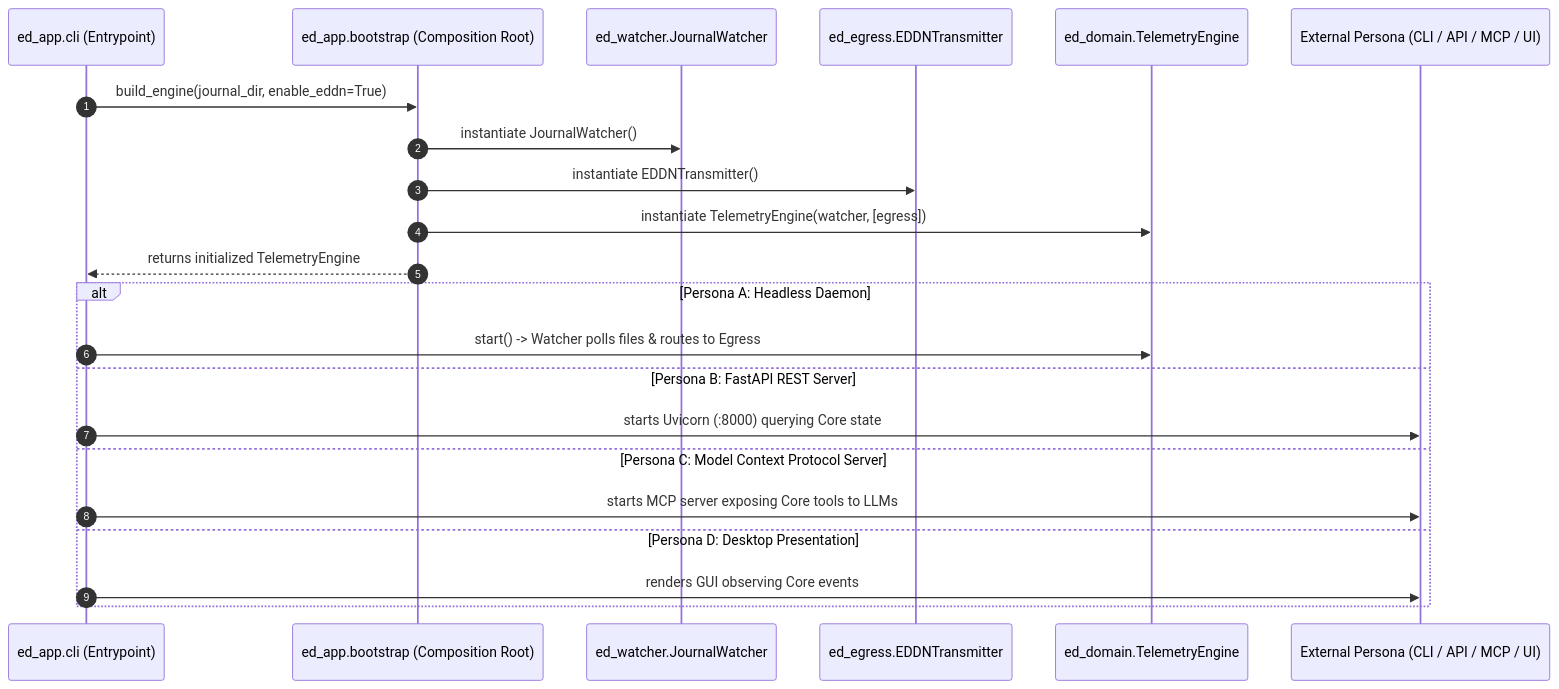
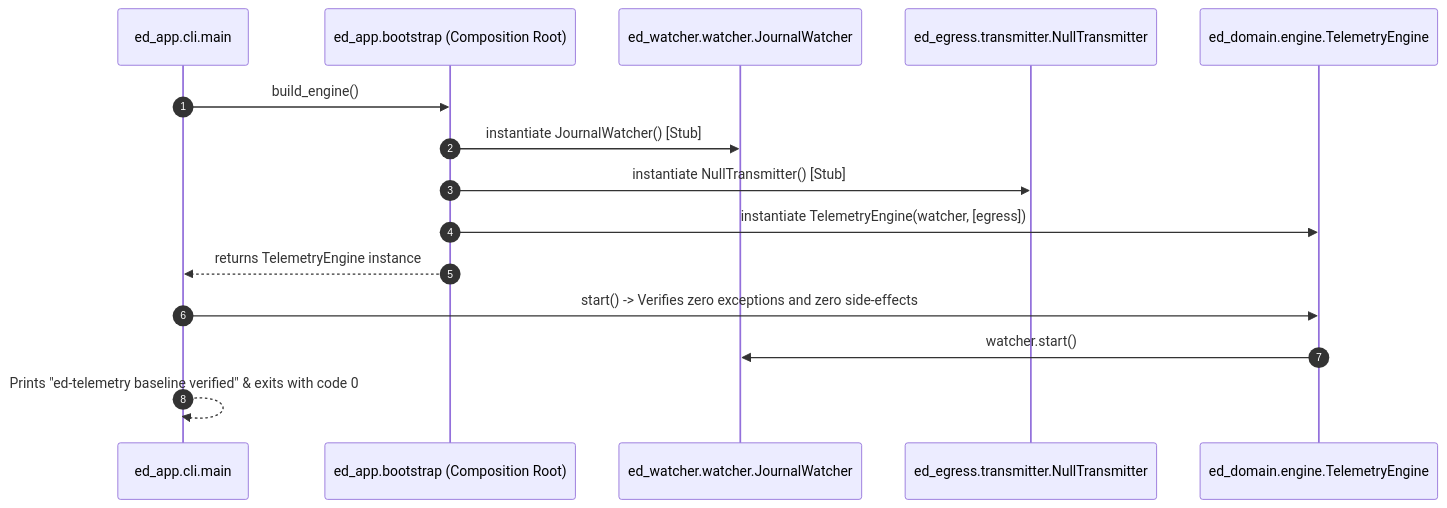
Before and after one commit to mnaatjes/ed-telemetry: the second of 3 diagrams in architecture/designs/0001_modular_monorepo_baseline_and_verification_pipeline.md, drawn with Mermaid. The commit also changed other lines of this file and 2 other files, not shown here.

Commit message:
docs(elaboration): scope-lock SDD-001 and ADR 0003 to minimal baseline

````diff
--- a/architecture/designs/0001_modular_monorepo_baseline_and_verification_pipeline.md
+++ b/architecture/designs/0001_modular_monorepo_baseline_and_verification_pipeline.md
@@ -95,26 +94,18 @@
 ```mermaid
 sequenceDiagram
     autonumber
-    participant CLI as ed_app.cli (Entrypoint)
+    participant CLI as ed_app.cli.main
     participant Boot as ed_app.bootstrap (Composition Root)
-    participant Watch as ed_watcher.JournalWatcher
-    participant Egress as ed_egress.EDDNTransmitter
-    participant Core as ed_domain.TelemetryEngine
-    participant Client as External Persona (CLI / API / MCP / UI)
+    participant Watch as ed_watcher.watcher.JournalWatcher
+    participant Egress as ed_egress.transmitter.NullTransmitter
+    participant Core as ed_domain.engine.TelemetryEngine
 
-    CLI->>Boot: build_engine(journal_dir, enable_eddn=True)
-    Boot->>Watch: instantiate JournalWatcher()
-    Boot->>Egress: instantiate EDDNTransmitter()
+    CLI->>Boot: build_engine()
+    Boot->>Watch: instantiate JournalWatcher() [Stub]
+    Boot->>Egress: instantiate NullTransmitter() [Stub]
     Boot->>Core: instantiate TelemetryEngine(watcher, [egress])
-    Boot-->>CLI: returns initialized TelemetryEngine
-
-    alt Persona A: Headless Daemon
-        CLI->>Core: start() -> Watcher polls files & routes to Egress
-    else Persona B: FastAPI REST Server
-        CLI->>Client: starts Uvicorn (:8000) querying Core state
-    else Persona C: Model Context Protocol Server
-        CLI->>Client: starts MCP server exposing Core tools to LLMs
-    else Persona D: Desktop Presentation
-        CLI->>Client: renders GUI observing Core events
-    end
+    Boot-->>CLI: returns TelemetryEngine instance
+    CLI->>Core: start() -> Verifies zero exceptions and zero side-effects
+    Core->>Watch: watcher.start()
+    CLI-->>CLI: Prints "ed-telemetry baseline verified" & exits with code 0
 ```
````
